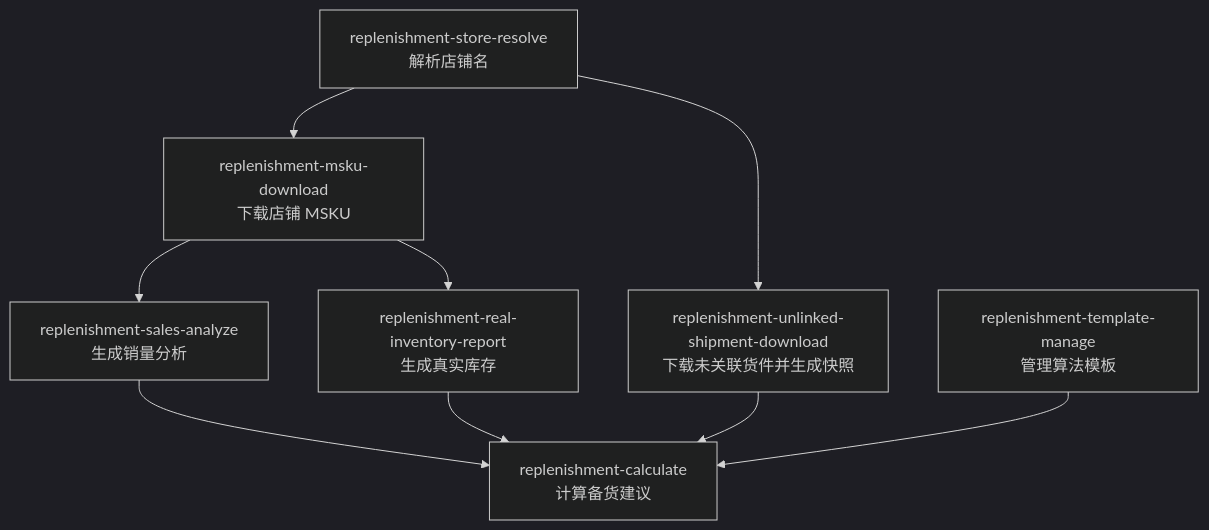
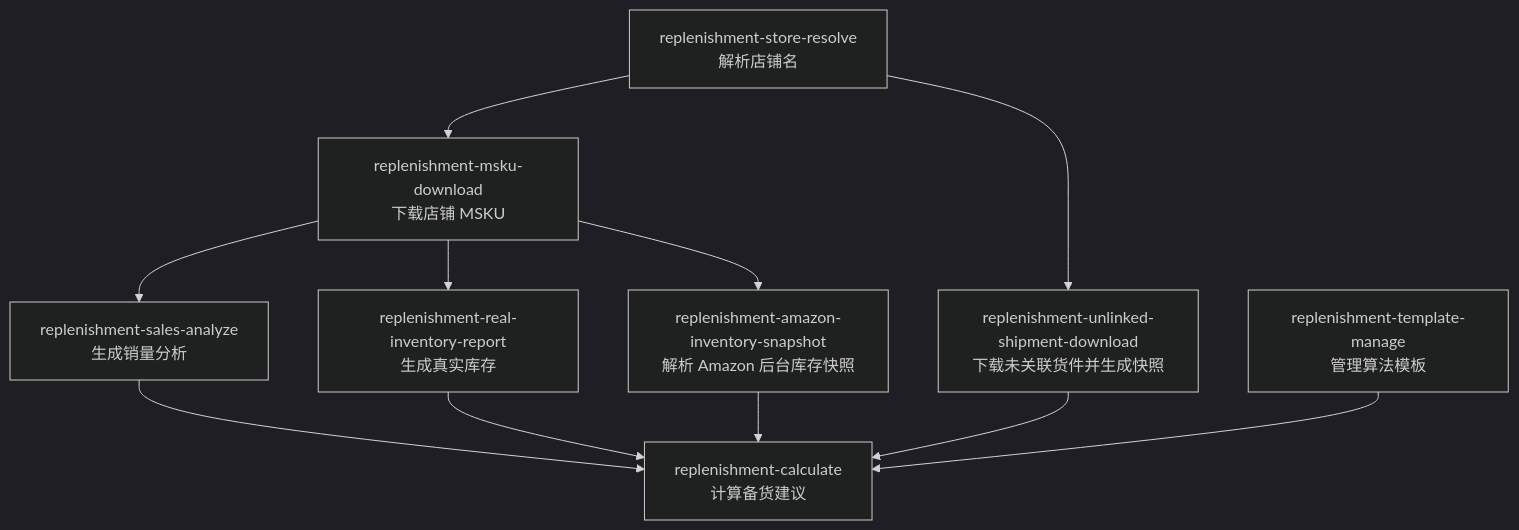
One commit to LXE123/LXE_AGENT changed the diagram in skills/replenishment-workflow-map/SKILL.md. Above: the diagram before and after it, drawn with Mermaid (dark theme). The commit also changed other lines of this file and 5 other files, not shown here.

Commit message:
feat(mabang): include Amazon inventory in replenishment reports

````diff
--- a/skills/replenishment-workflow-map/SKILL.md
+++ b/skills/replenishment-workflow-map/SKILL.md
@@ -13,11 +13,13 @@
 ```mermaid
 flowchart TD
   A["replenishment-store-resolve<br/>解析店铺名"] --> B["replenishment-msku-download<br/>下载店铺 MSKU"]
   B --> C["replenishment-sales-analyze<br/>生成销量分析"]
   B --> D["replenishment-real-inventory-report<br/>生成真实库存"]
   A --> E["replenishment-unlinked-shipment-download<br/>下载未关联货件并生成快照"]
+  B --> H["replenishment-amazon-inventory-snapshot<br/>解析 Amazon 后台库存快照"]
   C --> F["replenishment-calculate<br/>计算备货建议"]
   D --> F
   E --> F
+  H --> F
   G["replenishment-template-manage<br/>管理算法模板"] --> F
 ```
````
